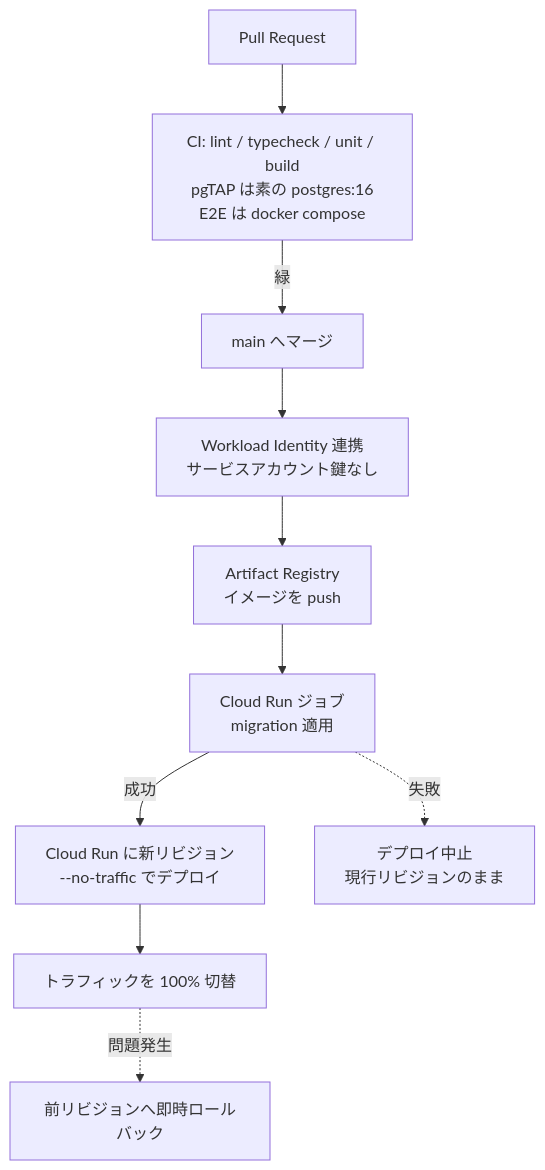
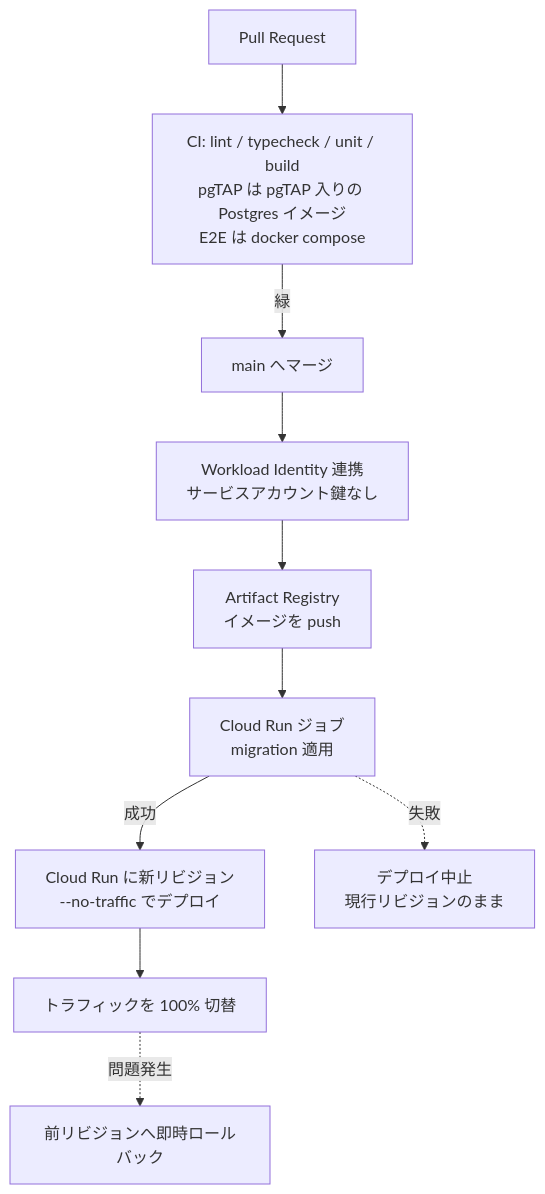
Before and after one commit to godhuu0505/mfmf: the sixth of 7 diagrams in docs/explanation/gcp-migration.md, drawn with Mermaid. The commit also changed other lines of this file and 1 other file, not shown here.

````diff
--- a/docs/explanation/gcp-migration.md
+++ b/docs/explanation/gcp-migration.md
@@ -465,12 +506,12 @@
 ```mermaid
 flowchart TB
-  PR["Pull Request"] --> CI["CI: lint / typecheck / unit / build<br/>pgTAP は素の postgres:16<br/>E2E は docker compose"]
+  PR["Pull Request"] --> CI["CI: lint / typecheck / unit / build<br/>pgTAP は pgTAP 入りの Postgres イメージ<br/>E2E は docker compose"]
   CI -->|"緑"| M["main へマージ"]
   M --> WIF["Workload Identity 連携<br/>サービスアカウント鍵なし"]
   WIF --> AR["Artifact Registry<br/>イメージを push"]
   AR --> JOB["Cloud Run ジョブ<br/>migration 適用"]
   JOB -->|"成功"| DEP["Cloud Run に新リビジョン<br/>--no-traffic でデプロイ"]
   DEP --> T["トラフィックを 100% 切替"]
   JOB -.->|"失敗"| STOP["デプロイ中止<br/>現行リビジョンのまま"]
   T -.->|"問題発生"| RB["前リビジョンへ即時ロールバック"]
 ```
````
